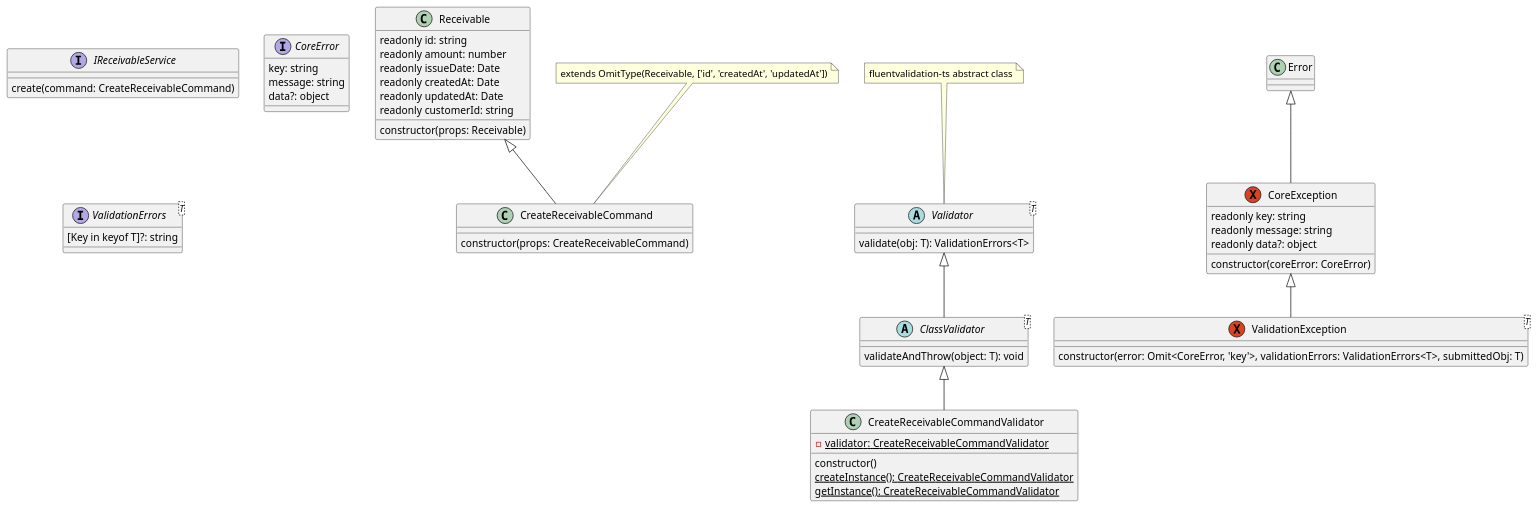
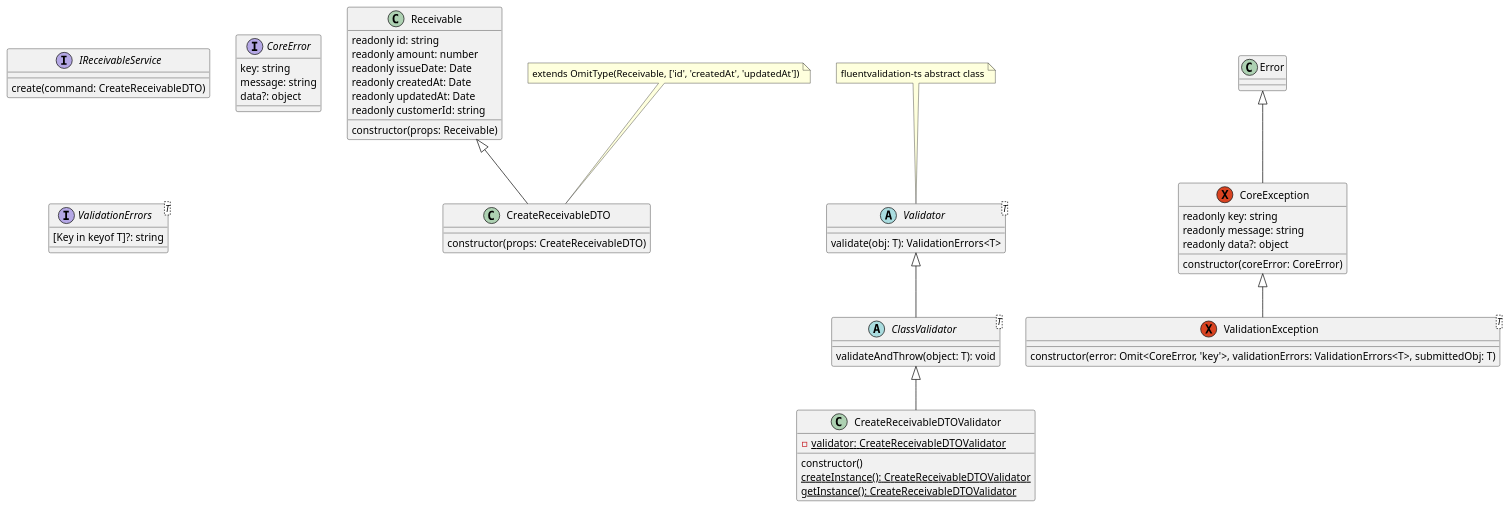
Before and after one commit to giancarloCavalli/class-validation-ts: the diagram in docs/diagrams/classValidator.wsd, drawn with PlantUML. The commit also changed 6 other files, not shown here.

```diff
--- a/docs/diagrams/classValidator.wsd
+++ b/docs/diagrams/classValidator.wsd
@@ -1,63 +1,63 @@
 @startuml classValidator
 
 interface IReceivableService {
-  create(command: CreateReceivableCommand)
+  create(command: CreateReceivableDTO)
 }
 
 class Receivable {
   readonly id: string
   readonly amount: number
   readonly issueDate: Date
   readonly createdAt: Date
   readonly updatedAt: Date
   readonly customerId: string
 
   constructor(props: Receivable)
 }
 
-class CreateReceivableCommand extends Receivable {
-  constructor(props: CreateReceivableCommand)
+class CreateReceivableDTO extends Receivable {
+  constructor(props: CreateReceivableDTO)
 }
 
-note top of CreateReceivableCommand : extends OmitType(Receivable, ['id', 'createdAt', 'updatedAt'])
+note top of CreateReceivableDTO : extends OmitType(Receivable, ['id', 'createdAt', 'updatedAt'])
 
 abstract class Validator<T> {
   validate(obj: T): ValidationErrors<T>
 }
 
 note top of Validator : fluentvalidation-ts abstract class
 
 abstract ClassValidator<T> extends Validator {
   validateAndThrow(object: T): void
 }
 
-class CreateReceivableCommandValidator extends ClassValidator {
-  - {static} validator: CreateReceivableCommandValidator
+class CreateReceivableDTOValidator extends ClassValidator {
+  - {static} validator: CreateReceivableDTOValidator
 
   constructor()
-  {static} createInstance(): CreateReceivableCommandValidator
-  {static} getInstance(): CreateReceivableCommandValidator
+  {static} createInstance(): CreateReceivableDTOValidator
+  {static} getInstance(): CreateReceivableDTOValidator
 }
 
 exception CoreException extends Error {
   readonly key: string
   readonly message: string
   readonly data?: object
 
   constructor(coreError: CoreError)
 }
 
 interface CoreError {
   key: string
   message: string
   data?: object
 }
 
 interface ValidationErrors<T> {
   [Key in keyof T]?: string
 }
 
 exception ValidationException<T> extends CoreException {
   constructor(error: Omit<CoreError, 'key'>, validationErrors: ValidationErrors<T>, submittedObj: T)
 }
 @enduml
```
